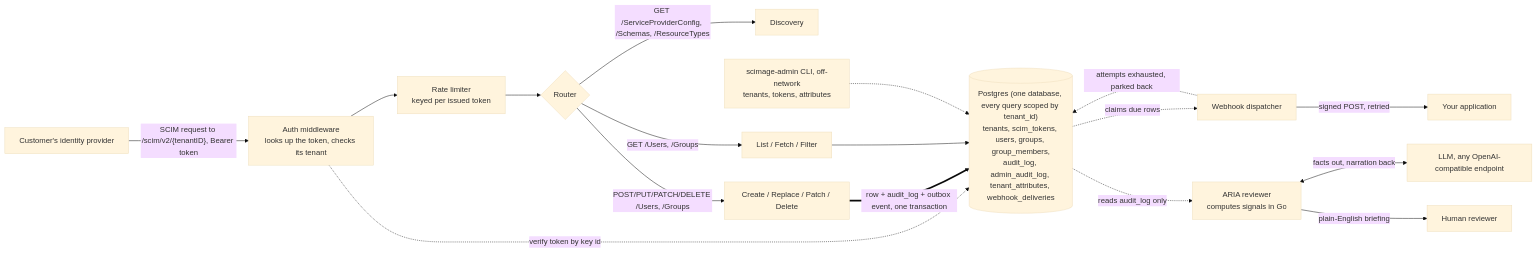
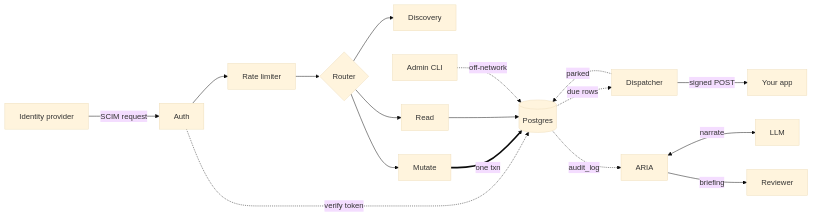
One commit to meghamahna/SCIMage changed the diagram in README.md. Above: the diagram before and after it, drawn with Mermaid (base theme).

Commit message:
phase-12: shorten mermaid node labels so they don't clip in the diagram

````diff
--- a/README.md
+++ b/README.md
@@ -67,25 +67,22 @@
 ```mermaid
 flowchart LR
-    IDP["Customer's identity provider"] -->|"SCIM request to /scim/v2/{tenantID}, Bearer token"| AUTH["Auth middleware<br/>looks up the token, checks its tenant"]
-    AUTH --> RL["Rate limiter<br/>keyed per issued token"]
+    IDP["Identity provider"] -->|"SCIM request"| AUTH["Auth"]
+    AUTH -.->|"verify token"| DB[("Postgres")]
+    AUTH --> RL["Rate limiter"]
     RL --> ROUTER{"Router"}
-    ROUTER -->|"GET /ServiceProviderConfig, /Schemas, /ResourceTypes"| DISCOVERY["Discovery"]
-    ROUTER -->|"POST/PUT/PATCH/DELETE /Users, /Groups"| MUTATE["Create / Replace / Patch / Delete"]
-    ROUTER -->|"GET /Users, /Groups"| READ["List / Fetch / Filter"]
-
-    DB[("Postgres (one database, every query scoped by tenant_id)<br/>tenants, scim_tokens, users, groups, group_members,<br/>audit_log, admin_audit_log, tenant_attributes, webhook_deliveries")]
-
-    AUTH -.->|"verify token by key id"| DB
-    MUTATE ==>|"row + audit_log + outbox event, one transaction"| DB
+    ROUTER --> DISCOVERY["Discovery"]
+    ROUTER --> MUTATE["Mutate"]
+    ROUTER --> READ["Read"]
+    MUTATE ==>|"one txn"| DB
     READ --> DB
 
-    DB -.->|"claims due rows"| DISPATCH["Webhook dispatcher"]
-    DISPATCH -->|"signed POST, retried"| APP["Your application"]
-    DISPATCH -.->|"attempts exhausted, parked back"| DB
+    DB -.->|"due rows"| DISPATCH["Dispatcher"]
+    DISPATCH -->|"signed POST"| APP["Your app"]
+    DISPATCH -.->|"parked"| DB
 
-    ADMIN["scimage-admin CLI, off-network<br/>tenants, tokens, attributes"] -.-> DB
+    ADMIN["Admin CLI"] -.->|"off-network"| DB
 
-    DB -.->|"reads audit_log only"| ARIA["ARIA reviewer<br/>computes signals in Go"]
-    ARIA <-->|"facts out, narration back"| LLM["LLM, any OpenAI-compatible endpoint"]
-    ARIA -->|"plain-English briefing"| HUMAN["Human reviewer"]
+    DB -.->|"audit_log"| ARIA["ARIA"]
+    ARIA <-->|"narrate"| LLM["LLM"]
+    ARIA -->|"briefing"| HUMAN["Reviewer"]
 ```
````
